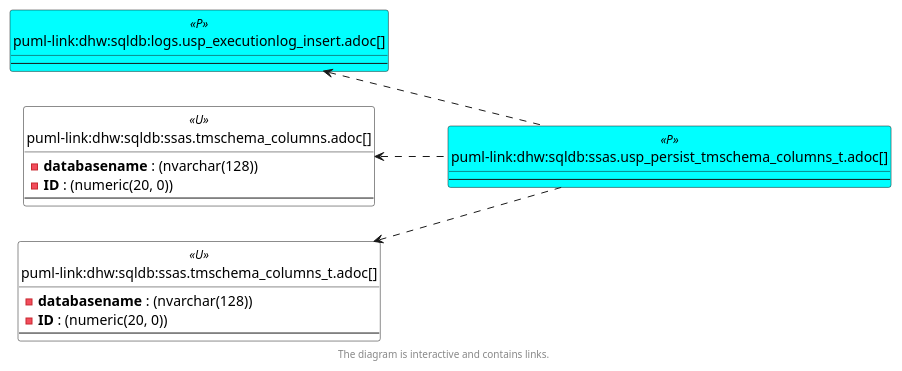
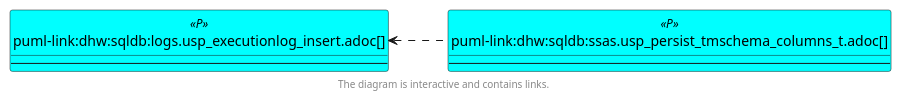
One commit to DataHandwerk/dhw-antora-sqldb changed the third of 6 diagrams in docs/modules/sqldb/partials/content/ssas.usp_persist_tmschema_columns_t.adoc. Above: the diagram before and after it, drawn with PlantUML. The commit also changed other lines of this file and 751 other files, not shown here.

```diff
--- a/docs/modules/sqldb/partials/content/ssas.usp_persist_tmschema_columns_t.adoc
+++ b/docs/modules/sqldb/partials/content/ssas.usp_persist_tmschema_columns_t.adoc
@@ -749,58 +744,44 @@
 [plantuml, entity_1_1_objectref-{docname}, svg, subs=macros]
 ....
 @startuml
 left to right direction
 'top to bottom direction
 hide circle
 'avoide "." issues:
 set namespaceSeparator none
 
 
 skinparam class {
   BackgroundColor White
   BackgroundColor<<FN>> Yellow
   BackgroundColor<<FS>> Yellow
   BackgroundColor<<FT>> LightGray
   BackgroundColor<<IF>> Yellow
   BackgroundColor<<IS>> Yellow
   BackgroundColor<<P>>  Aqua
   BackgroundColor<<PC>> Aqua
   BackgroundColor<<SN>> Yellow
   BackgroundColor<<SO>> SlateBlue
   BackgroundColor<<TF>> LightGray
   BackgroundColor<<TR>> Tomato
   BackgroundColor<<U>>  White
   BackgroundColor<<V>>  WhiteSmoke
   BackgroundColor<<X>>  Aqua
   BackgroundColor<<external>> AliceBlue
 }
 
 
 entity "puml-link:dhw:sqldb:logs.usp_executionlog_insert.adoc[]" as logs.usp_ExecutionLog_insert << P >> {
   --
 }
 
-entity "puml-link:dhw:sqldb:ssas.tmschema_columns.adoc[]" as ssas.TMSCHEMA_COLUMNS << U >> {
-  - **databasename** : (nvarchar(128))
-  - **ID** : (numeric(20, 0))
-  --
-}
-
-entity "puml-link:dhw:sqldb:ssas.tmschema_columns_t.adoc[]" as ssas.TMSCHEMA_COLUMNS_T << U >> {
-  - **databasename** : (nvarchar(128))
-  - **ID** : (numeric(20, 0))
-  --
-}
-
 entity "puml-link:dhw:sqldb:ssas.usp_persist_tmschema_columns_t.adoc[]" as ssas.usp_PERSIST_TMSCHEMA_COLUMNS_T << P >> {
   --
 }
 
 logs.usp_ExecutionLog_insert <.. ssas.usp_PERSIST_TMSCHEMA_COLUMNS_T
-ssas.TMSCHEMA_COLUMNS <.. ssas.usp_PERSIST_TMSCHEMA_COLUMNS_T
-ssas.TMSCHEMA_COLUMNS_T <.. ssas.usp_PERSIST_TMSCHEMA_COLUMNS_T
 
 footer The diagram is interactive and contains links.
 
 @enduml
 ....
```
